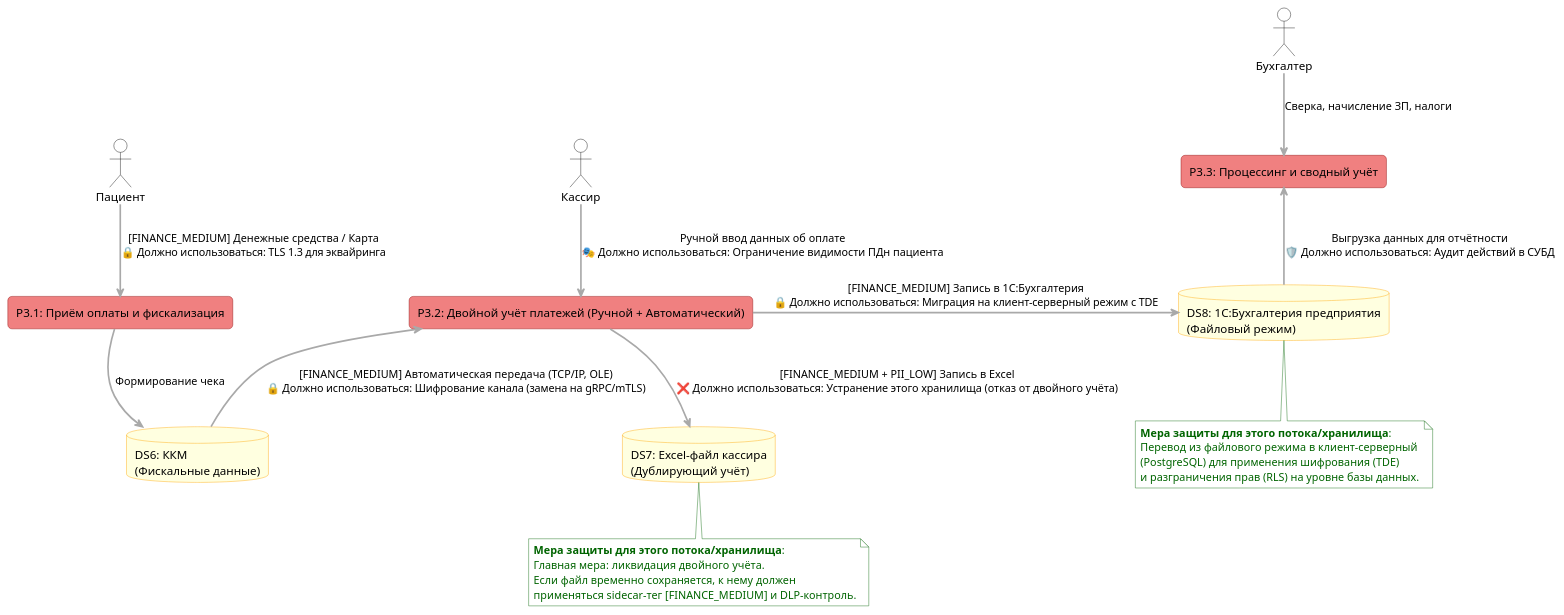
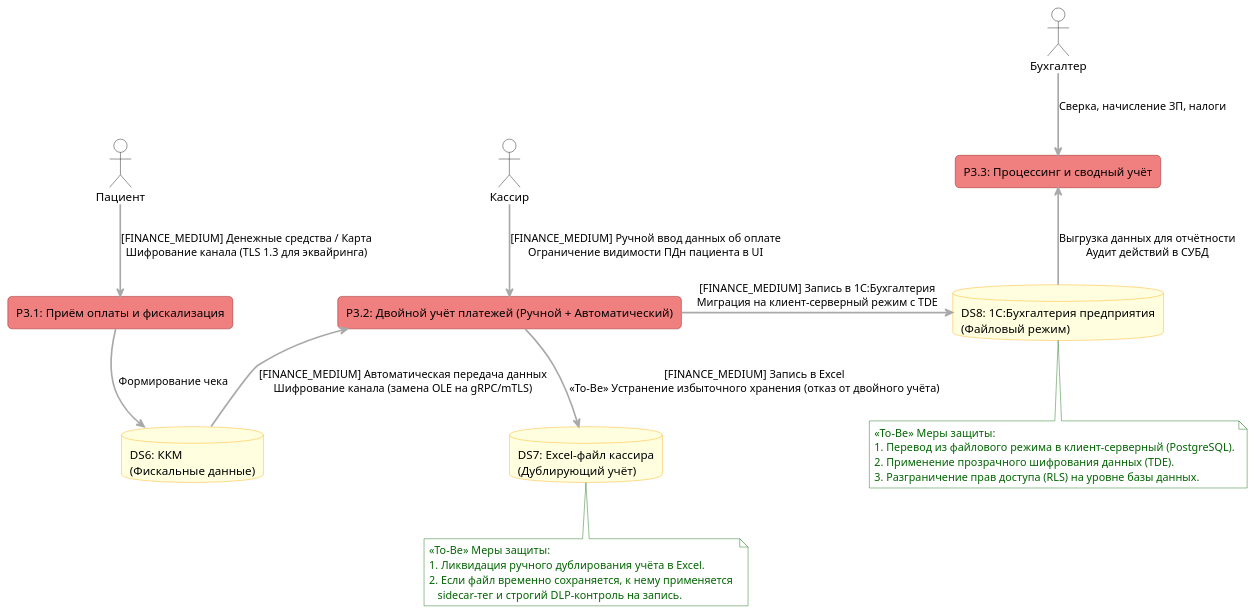
Before and after one commit to binom1982/yandex-practicum-architecture-pro--architecture-medikamente: the diagram in Task1/diagrams/БП-3_обработка_платежей_и_финансовый_учёт_(tobe).puml, drawn with PlantUML. The commit also changed 2 other files, not shown here.

```diff
--- a/Task1/diagrams/БП-3_обработка_платежей_и_финансовый_учёт_(tobe).puml
+++ b/Task1/diagrams/БП-3_обработка_платежей_и_финансовый_учёт_(tobe).puml
@@ -1,69 +1,68 @@
 @startuml БП-3_обработка_платежей_и_финансовый_учет
 skinparam monochrome false
 skinparam shadowing false
 skinparam defaultFontName Arial
 top to bottom direction
 
 skinparam actor {
     BackgroundColor White
     BorderColor Black
 }
 skinparam rectangle {
     BackgroundColor LightCoral
     BorderColor DarkRed
     RoundCorner 10
 }
 skinparam database {
     BackgroundColor LightYellow
     BorderColor Orange
     RoundCorner 10
 }
 skinparam arrow {
     Color DarkGray
     Thickness 2
 }
 skinparam note {
     BackgroundColor White
     BorderColor DarkGreen
     FontColor DarkGreen
 }
 
 actor "Пациент" as Patient
 actor "Кассир" as Cassier
 actor "Бухгалтер" as Bookkeeper
 
-' ОРИГИНАЛЬНЫЕ НАЗВАНИЯ ПРОЦЕССОВ
 rectangle "P3.1: Приём оплаты и фискализация" as P3_1
 rectangle "P3.2: Двойной учёт платежей (Ручной + Автоматический)" as P3_2
 rectangle "P3.3: Процессинг и сводный учёт" as P3_3
 
-' ОРИГИНАЛЬНЫЕ НАЗВАНИЯ ХРАНИЛИЩ + АННОТАЦИИ МЕР ЗАЩИТЫ
 database "DS6: ККМ\n(Фискальные данные)" as DS6
 database "DS7: Excel-файл кассира\n(Дублирующий учёт)" as DS7
 database "DS8: 1С:Бухгалтерия предприятия\n(Файловый режим)" as DS8
 
-Patient -down-> P3_1 : "[FINANCE_MEDIUM] Денежные средства / Карта\n🔒 Должно использоваться: TLS 1.3 для эквайринга"
+Patient -down-> P3_1 : "[FINANCE_MEDIUM] Денежные средства / Карта\nШифрование канала (TLS 1.3 для эквайринга)"
 P3_1 -down-> DS6 : "Формирование чека"
 
-Cassier -down-> P3_2 : "Ручной ввод данных об оплате\n🎭 Должно использоваться: Ограничение видимости ПДн пациента"
-DS6 -up-> P3_2 : "[FINANCE_MEDIUM] Автоматическая передача (TCP/IP, OLE)\n🔒 Должно использоваться: Шифрование канала (замена на gRPC/mTLS)"
-P3_2 -down-> DS7 : "[FINANCE_MEDIUM + PII_LOW] Запись в Excel\n❌ Должно использоваться: Устранение этого хранилища (отказ от двойного учёта)"
-P3_2 -right-> DS8 : "[FINANCE_MEDIUM] Запись в 1С:Бухгалтерия\n🔒 Должно использоваться: Миграция на клиент-серверный режим с TDE"
+Cassier -down-> P3_2 : "[FINANCE_MEDIUM] Ручной ввод данных об оплате\nОграничение видимости ПДн пациента в UI"
+DS6 -up-> P3_2 : "[FINANCE_MEDIUM] Автоматическая передача данных\nШифрование канала (замена OLE на gRPC/mTLS)"
+
+P3_2 -down-> DS7 : "[FINANCE_MEDIUM] Запись в Excel\n<<To-Be>> Устранение избыточного хранения (отказ от двойного учёта)"
+P3_2 -right-> DS8 : "[FINANCE_MEDIUM] Запись в 1С:Бухгалтерия\nМиграция на клиент-серверный режим с TDE"
 
 Bookkeeper -down-> P3_3 : "Сверка, начисление ЗП, налоги"
-DS8 -up-> P3_3 : "Выгрузка данных для отчётности\n🛡️ Должно использоваться: Аудит действий в СУБД"
+DS8 -up-> P3_3 : "Выгрузка данных для отчётности\nАудит действий в СУБД"
 
 note bottom of DS7
-  **Мера защиты для этого потока/хранилища**: 
-  Главная мера: ликвидация двойного учёта. 
-  Если файл временно сохраняется, к нему должен 
-  применяться sidecar-тег [FINANCE_MEDIUM] и DLP-контроль.
+  <<To-Be>> Меры защиты:
+  1. Ликвидация ручного дублирования учёта в Excel.
+  2. Если файл временно сохраняется, к нему применяется 
+     sidecar-тег и строгий DLP-контроль на запись.
 end note
 
 note bottom of DS8
-  **Мера защиты для этого потока/хранилища**: 
-  Перевод из файлового режима в клиент-серверный 
-  (PostgreSQL) для применения шифрования (TDE) 
-  и разграничения прав (RLS) на уровне базы данных.
+  <<To-Be>> Меры защиты:
+  1. Перевод из файлового режима в клиент-серверный (PostgreSQL).
+  2. Применение прозрачного шифрования данных (TDE).
+  3. Разграничение прав доступа (RLS) на уровне базы данных.
 end note
 @enduml
```
